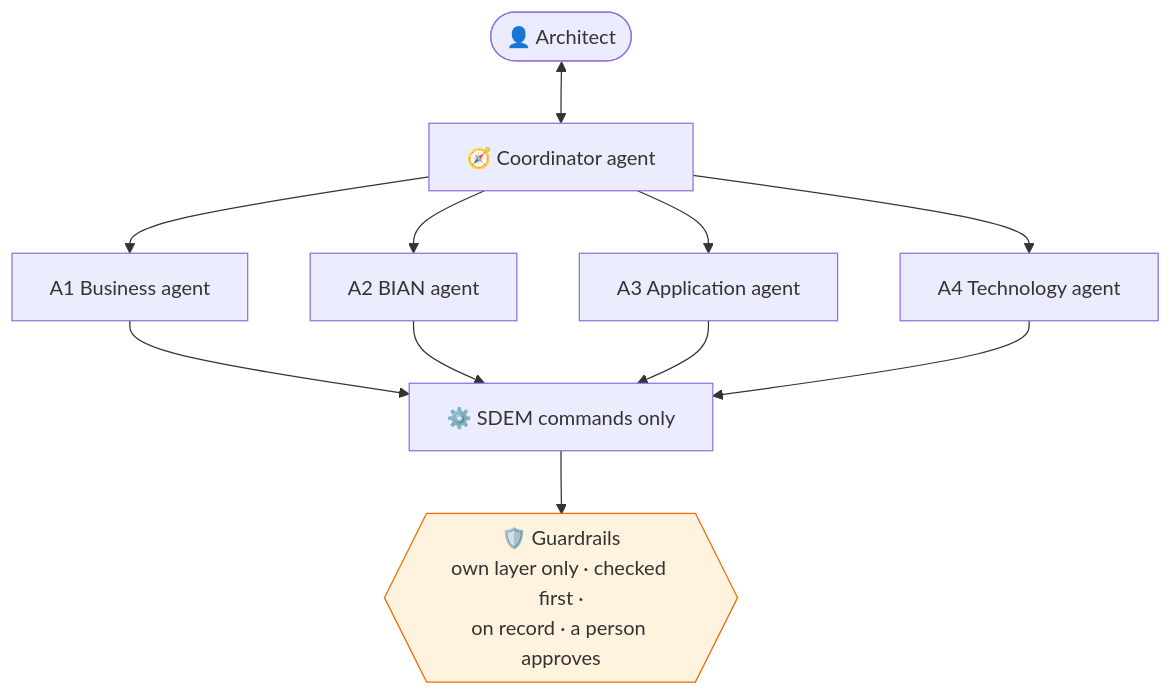
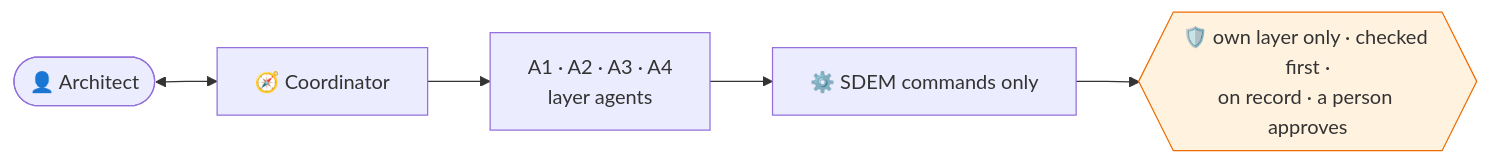
The sixth of 9 diagrams in README.md (taumoeps/bian-sdem-framework), drawn with Mermaid before and after one commit. The commit also changed other lines of this file and 26 other files, not shown here.

````diff
--- a/README.md
+++ b/README.md
@@ -222,12 +117,9 @@
 ```mermaid
-flowchart TB
-    Arch(["👤 Architect"]) <--> O["🧭 Coordinator agent"]
-    O --> G1["A1 Business agent"]
-    O --> G2["A2 BIAN agent"]
-    O --> G3["A3 Application agent"]
-    O --> G4["A4 Technology agent"]
-    G1 & G2 & G3 & G4 --> S["⚙️ SDEM commands only"]
-    S --> Guard{{"🛡️ Guardrails<br/>own layer only · checked first ·<br/>on record · a person approves"}}
+flowchart LR
+    Arch(["👤 Architect"]) <--> O["🧭 Coordinator"]
+    O --> G["A1 · A2 · A3 · A4<br/>layer agents"]
+    G --> S["⚙️ SDEM commands only"]
+    S --> Guard{{"🛡️ own layer only · checked first ·<br/>on record · a person approves"}}
     classDef g fill:#FFF3E0,stroke:#EF6C00
     class Guard g
 ```
````
